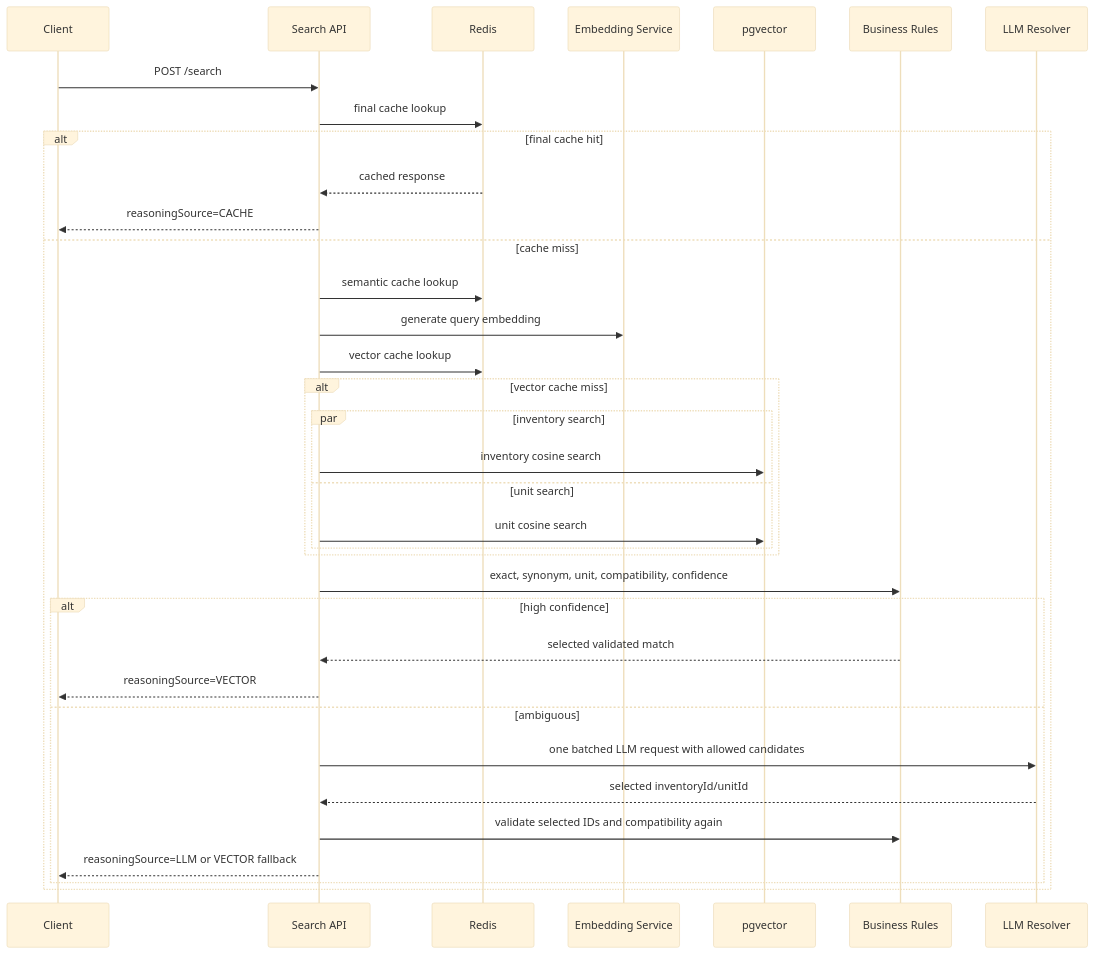
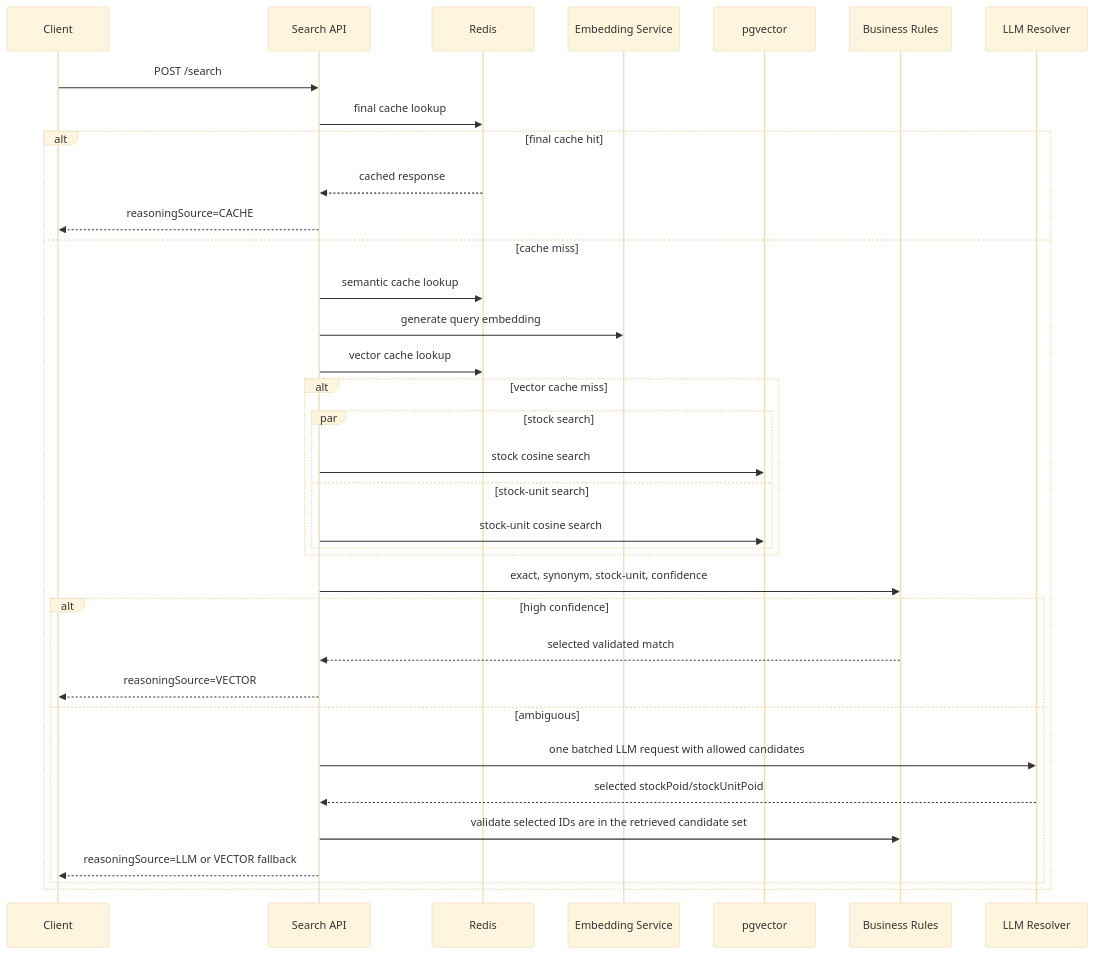
One commit to edbrix-school/asg_aiusecase changed the second of 3 diagrams in docs/architecture.md. Above: the diagram before and after it, drawn with Mermaid (base theme). The commit also changed other lines of this file and 44 other files, not shown here.

````diff
--- a/docs/architecture.md
+++ b/docs/architecture.md
@@ -25,38 +25,38 @@
 ```mermaid
 sequenceDiagram
     participant C as Client
     participant API as Search API
     participant R as Redis
     participant E as Embedding Service
     participant V as pgvector
     participant B as Business Rules
     participant L as LLM Resolver
 
     C->>API: POST /search
     API->>R: final cache lookup
     alt final cache hit
         R-->>API: cached response
         API-->>C: reasoningSource=CACHE
     else cache miss
         API->>R: semantic cache lookup
         API->>E: generate query embedding
         API->>R: vector cache lookup
         alt vector cache miss
-            par inventory search
-                API->>V: inventory cosine search
-            and unit search
-                API->>V: unit cosine search
+            par stock search
+                API->>V: stock cosine search
+            and stock-unit search
+                API->>V: stock-unit cosine search
             end
         end
-        API->>B: exact, synonym, unit, compatibility, confidence
+        API->>B: exact, synonym, stock-unit, confidence
         alt high confidence
             B-->>API: selected validated match
             API-->>C: reasoningSource=VECTOR
         else ambiguous
             API->>L: one batched LLM request with allowed candidates
-            L-->>API: selected inventoryId/unitId
-            API->>B: validate selected IDs and compatibility again
+            L-->>API: selected stockPoid/stockUnitPoid
+            API->>B: validate selected IDs are in the retrieved candidate set
             API-->>C: reasoningSource=LLM or VECTOR fallback
         end
     end
 ```
````
